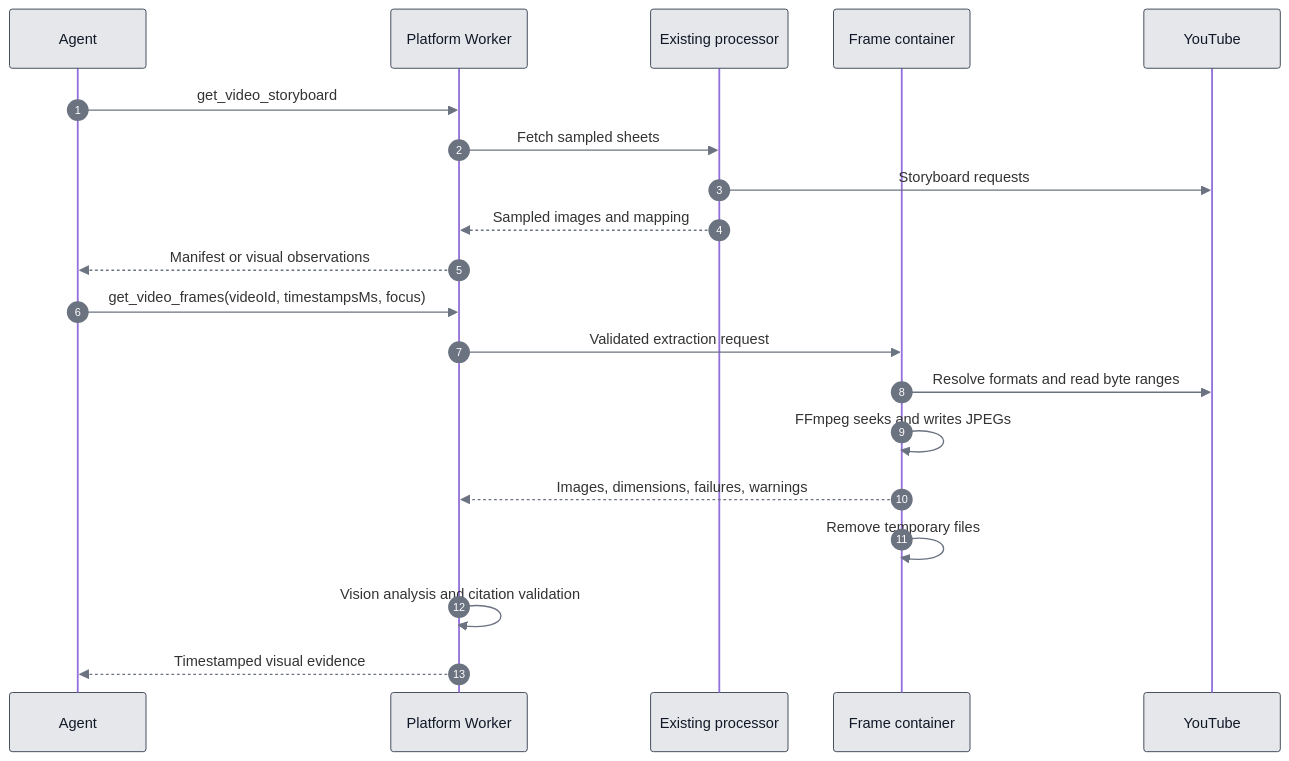
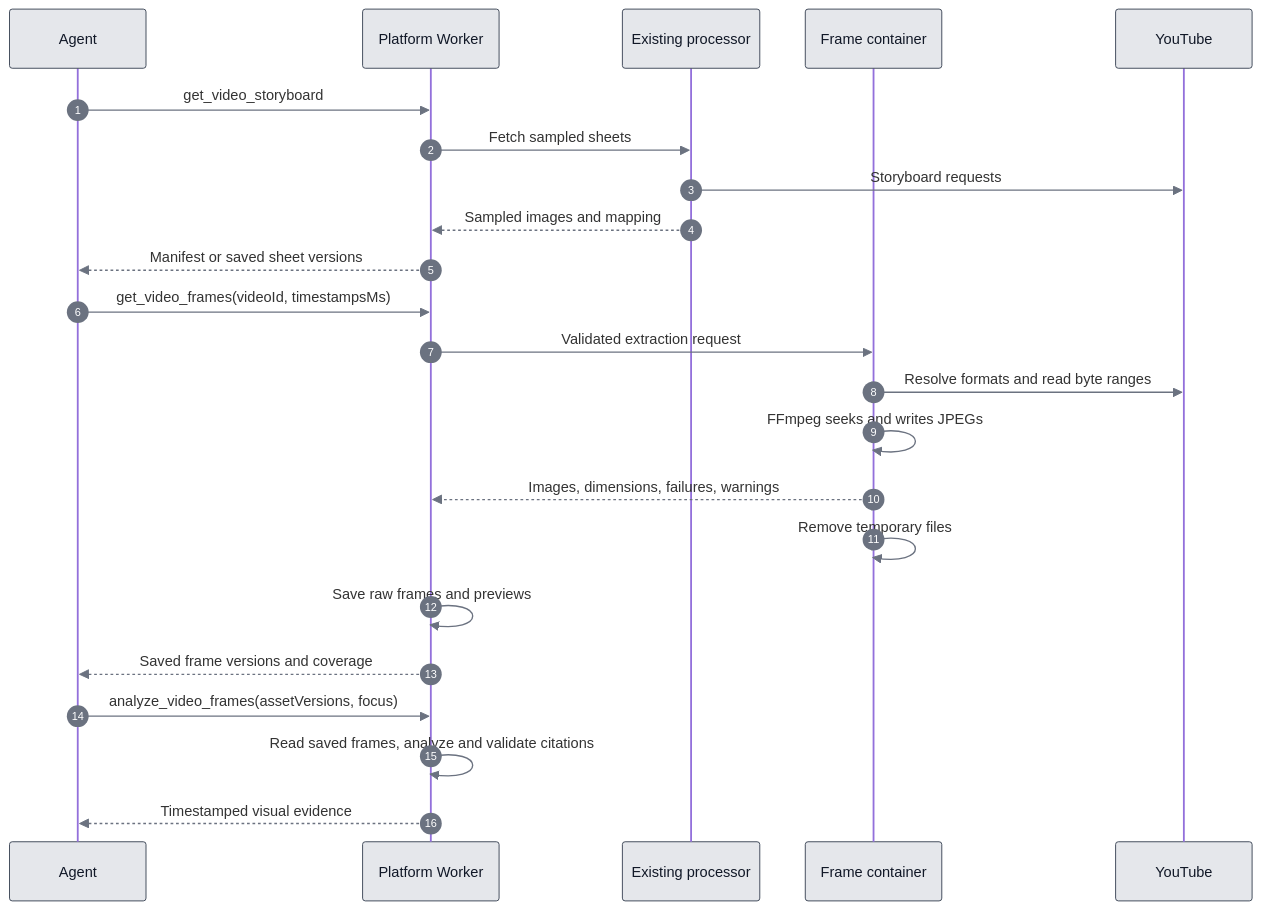
Before and after one commit to devhims/video2ctx: the first of 2 diagrams in reference/engineering/FRAME_EXTRACTION.md, drawn with Mermaid. The commit also changed other lines of this file and 34 other files, not shown here.

````diff
--- a/reference/engineering/FRAME_EXTRACTION.md
+++ b/reference/engineering/FRAME_EXTRACTION.md
@@ -26,23 +26,26 @@
 ```mermaid
 %%{init: {'themeVariables': {'sequenceNumberColor': '#ffffff', 'actorBkg': '#e5e7eb', 'actorTextColor': '#111827', 'actorBorder': '#374151', 'signalColor': '#6b7280'}}}%%
 sequenceDiagram
     autonumber
     participant Agent
     participant Worker as Platform Worker
     participant Storyboard as Existing processor
     participant Frames as Frame container
     participant YouTube
     Agent->>Worker: get_video_storyboard
     Worker->>Storyboard: Fetch sampled sheets
     Storyboard->>YouTube: Storyboard requests
     Storyboard-->>Worker: Sampled images and mapping
-    Worker-->>Agent: Manifest or visual observations
-    Agent->>Worker: get_video_frames(videoId, timestampsMs, focus)
+    Worker-->>Agent: Manifest or saved sheet versions
+    Agent->>Worker: get_video_frames(videoId, timestampsMs)
     Worker->>Frames: Validated extraction request
     Frames->>YouTube: Resolve formats and read byte ranges
     Frames->>Frames: FFmpeg seeks and writes JPEGs
     Frames-->>Worker: Images, dimensions, failures, warnings
     Frames->>Frames: Remove temporary files
-    Worker->>Worker: Vision analysis and citation validation
+    Worker->>Worker: Save raw frames and previews
+    Worker-->>Agent: Saved frame versions and coverage
+    Agent->>Worker: analyze_video_frames(assetVersions, focus)
+    Worker->>Worker: Read saved frames, analyze and validate citations
     Worker-->>Agent: Timestamped visual evidence
 ```
````
